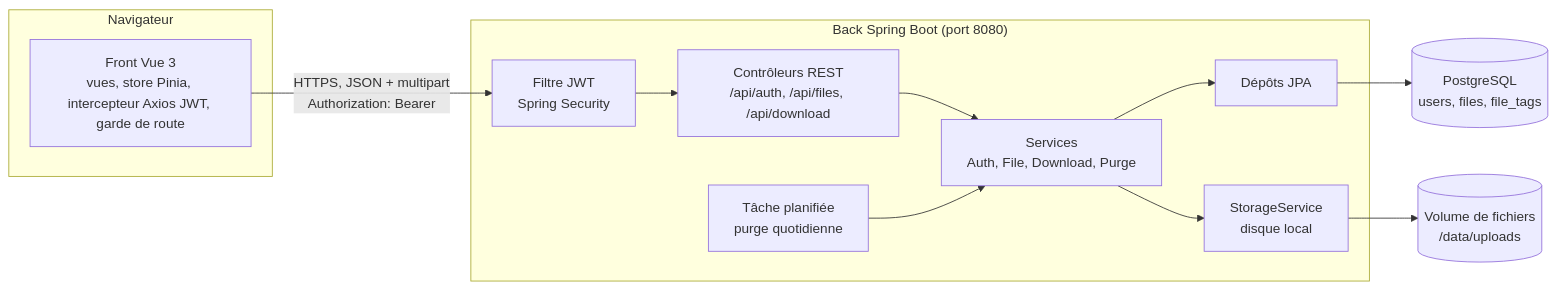
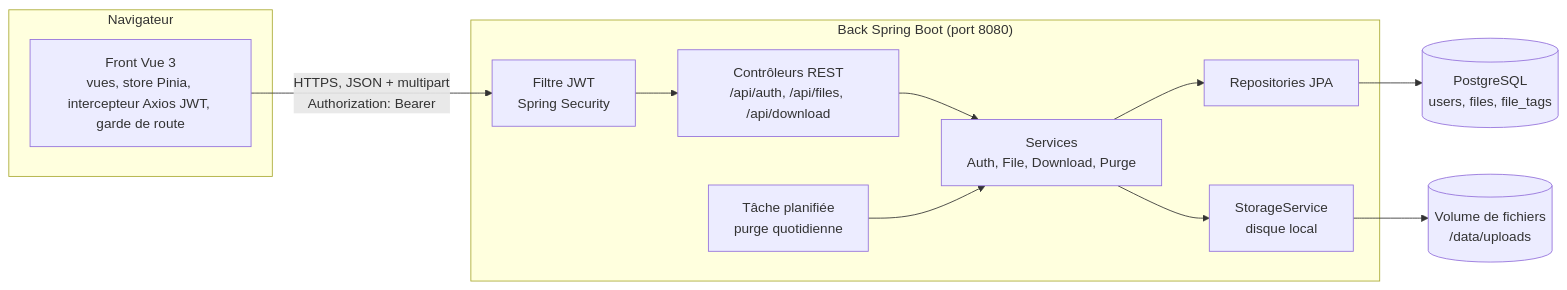
Before and after one commit to am-you/P3_DataShare: the first of 2 diagrams in docs/conception.md, drawn with Mermaid. The commit also changed other lines of this file and 1 other file, not shown here.

````diff
--- a/docs/conception.md
+++ b/docs/conception.md
@@ -21,24 +21,24 @@
 ```mermaid
 flowchart LR
   subgraph Client["Navigateur"]
     UI["Front Vue 3<br/>vues, store Pinia, intercepteur Axios JWT, garde de route"]
   end
 
   subgraph Serveur["Back Spring Boot (port 8080)"]
     SEC["Filtre JWT<br/>Spring Security"]
     CTRL["Contrôleurs REST<br/>/api/auth, /api/files, /api/download"]
     SVC["Services<br/>Auth, File, Download, Purge"]
-    REPO["Dépôts JPA"]
+    REPO["Repositories JPA"]
     STO["StorageService<br/>disque local"]
     CRON["Tâche planifiée<br/>purge quotidienne"]
   end
 
   DB[("PostgreSQL<br/>users, files, file_tags")]
   FS[("Volume de fichiers<br/>/data/uploads")]
 
   UI -- "HTTPS, JSON + multipart<br/>Authorization: Bearer" --> SEC
   SEC --> CTRL --> SVC
   SVC --> REPO --> DB
   SVC --> STO --> FS
   CRON --> SVC
 ```
````
